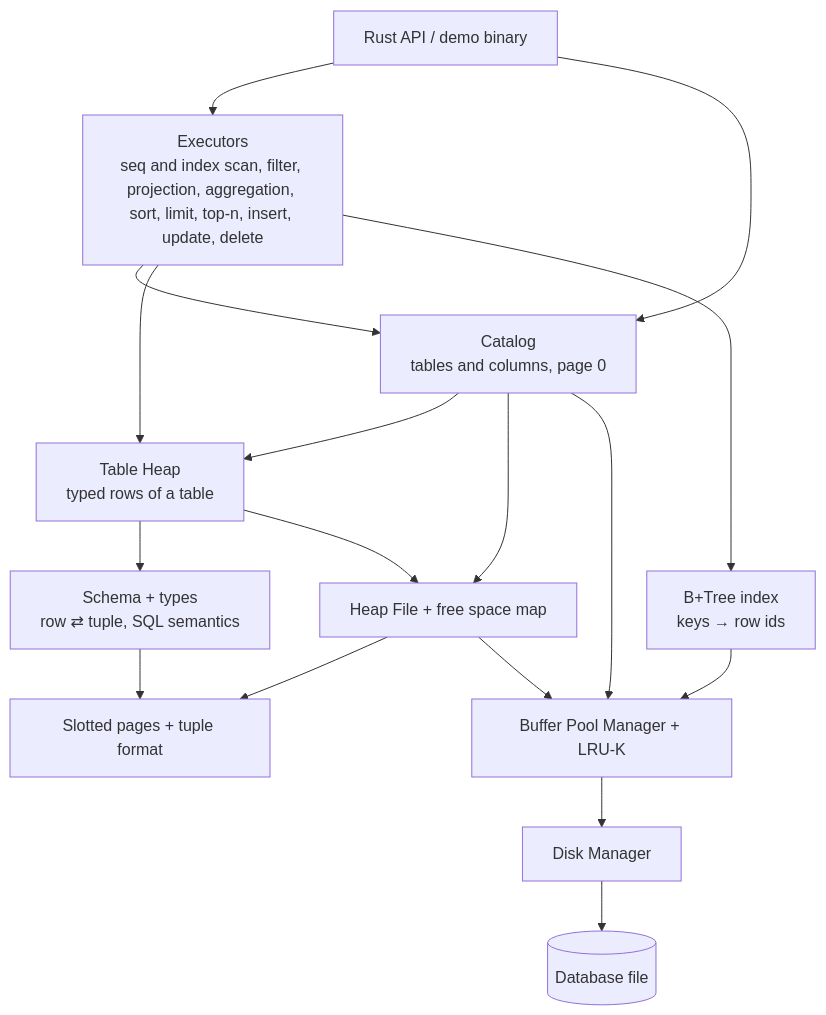
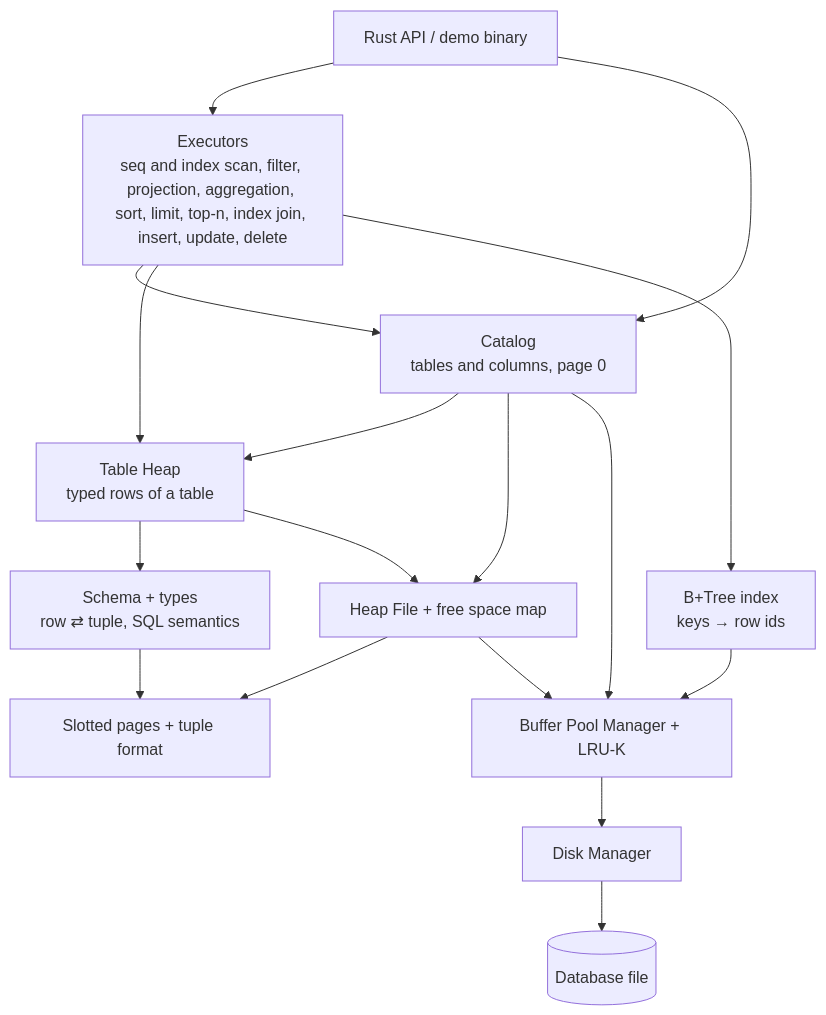
The diagram in README.md (RodrigoGrz/ferro-db), drawn with Mermaid before and after one commit. The commit also changed other lines of this file and 8 other files, not shown here.

First line of the commit message:
feat/index-nested-loop-join

````diff
--- a/README.md
+++ b/README.md
@@ -47,31 +47,31 @@
 ```mermaid
 flowchart TD
     app["Rust API / demo binary"]
     catalog["Catalog<br/>tables and columns, page 0"]
     tableheap["Table Heap<br/>typed rows of a table"]
     btree["B+Tree index<br/>keys → row ids"]
-    exec["Executors<br/>seq and index scan, filter, projection, aggregation, sort, limit, top-n, insert, update, delete"]
+    exec["Executors<br/>seq and index scan, filter, projection, aggregation, sort, limit, top-n, index join, insert, update, delete"]
     schema["Schema + types<br/>row ⇄ tuple, SQL semantics"]
     heap["Heap File + free space map"]
     page["Slotted pages + tuple format"]
     bpm["Buffer Pool Manager + LRU-K"]
     disk["Disk Manager"]
     file[("Database file")]
 
     app --> exec
     exec --> catalog
     exec --> tableheap
     exec --> btree
     app --> catalog
     btree --> bpm
     catalog --> tableheap
     catalog --> heap
     tableheap --> schema
     tableheap --> heap
     schema --> page
     heap --> page
     heap --> bpm
     catalog --> bpm
     bpm --> disk
     disk --> file
 ```
````
